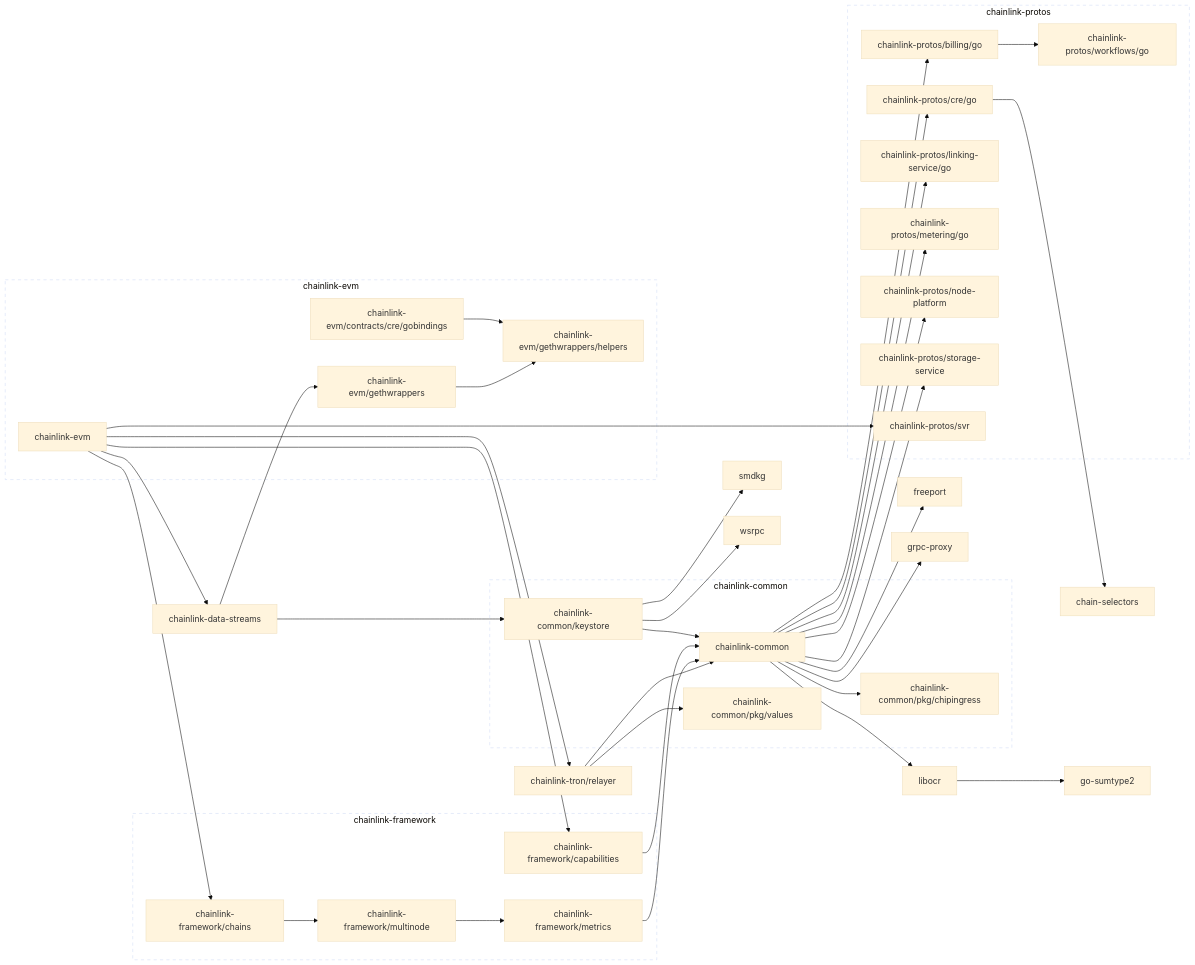
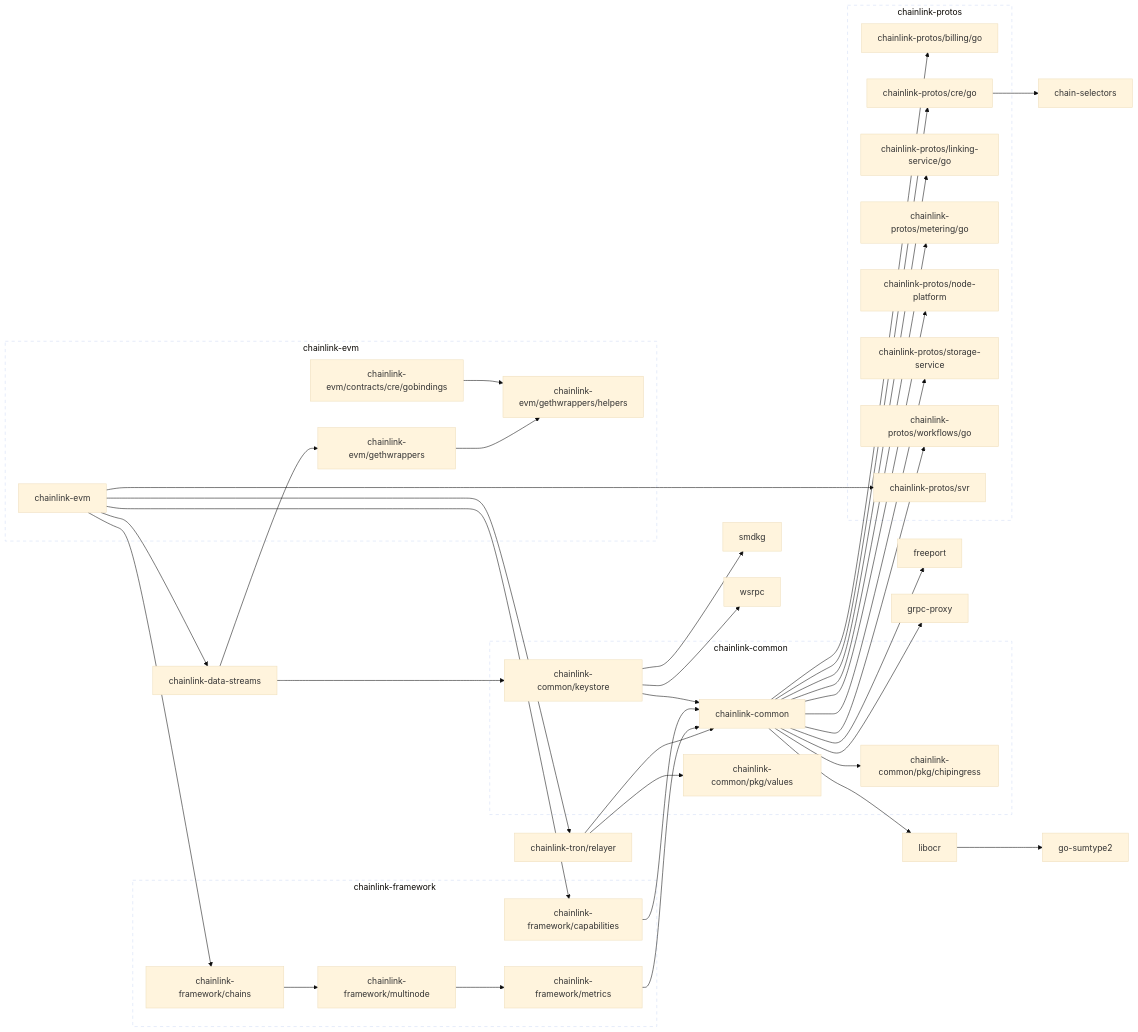
One commit to smartcontractkit/chainlink-evm changed the diagram in go.md. Above: the diagram before and after it, drawn with Mermaid (base theme). The commit also changed 9 other files, not shown here.

```diff
--- a/go.md
+++ b/go.md
@@ -11,6 +11,7 @@
 	chainlink-common --> chainlink-protos/metering/go
 	chainlink-common --> chainlink-protos/node-platform
 	chainlink-common --> chainlink-protos/storage-service
+	chainlink-common --> chainlink-protos/workflows/go
 	chainlink-common --> freeport
 	chainlink-common --> grpc-proxy
 	chainlink-common --> libocr
@@ -46,7 +47,7 @@
 	click chainlink-framework/metrics href "https://github.com/smartcontractkit/chainlink-framework"
 	chainlink-framework/multinode --> chainlink-framework/metrics
 	click chainlink-framework/multinode href "https://github.com/smartcontractkit/chainlink-framework"
-	chainlink-protos/billing/go --> chainlink-protos/workflows/go
+	chainlink-protos/billing/go
 	click chainlink-protos/billing/go href "https://github.com/smartcontractkit/chainlink-protos"
 	chainlink-protos/cre/go --> chain-selectors
 	click chainlink-protos/cre/go href "https://github.com/smartcontractkit/chainlink-protos"
```
